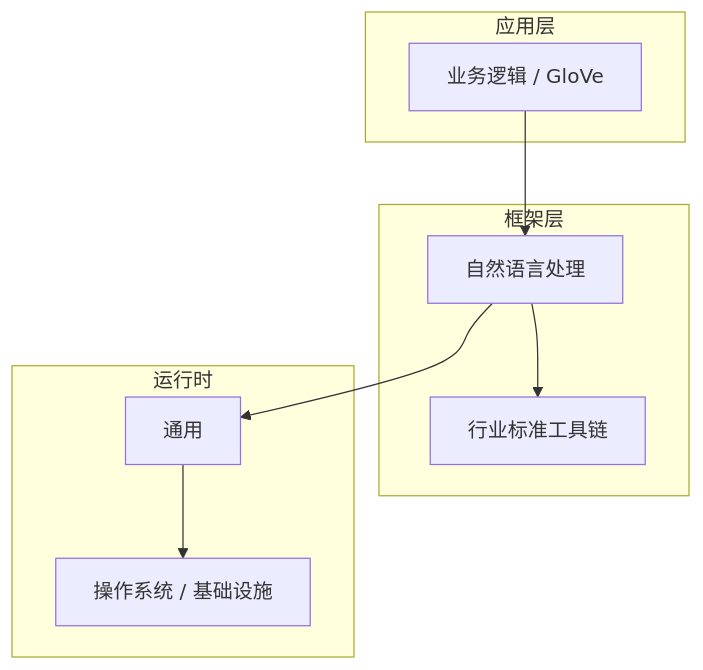
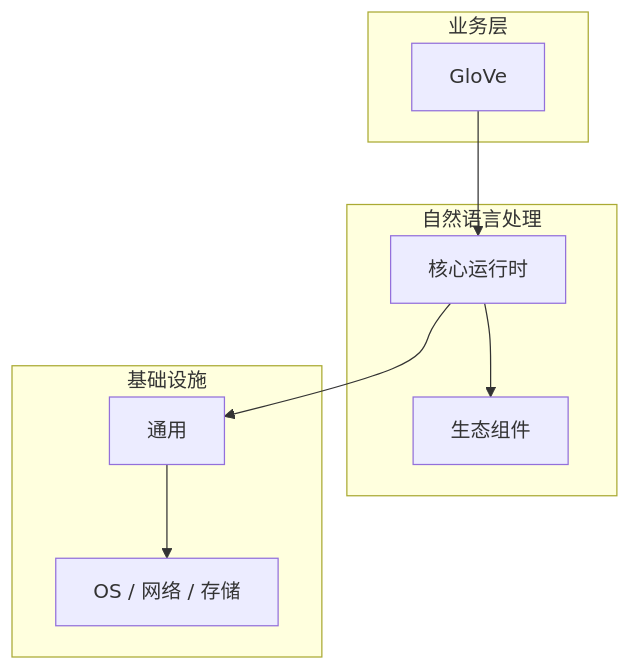
Before and after one commit to yanggan2015/knowledge-json-v2: the diagram in articles/自然语言处理/chapters/031-GloVe核心概念与原理.md, drawn with Mermaid. The commit also changed other lines of this file and 10127 other files, not shown here.

````diff
--- a/articles/自然语言处理/chapters/031-GloVe核心概念与原理.md
+++ b/articles/自然语言处理/chapters/031-GloVe核心概念与原理.md
@@ -45,18 +30,18 @@
 ```mermaid
 graph TB
-    subgraph 应用层
-        A[业务逻辑 / GloVe]
+    subgraph 业务层
+        A[GloVe]
     end
-    subgraph 框架层
-        B[自然语言处理]
-        C[行业标准工具链]
+    subgraph 自然语言处理
+        B[核心运行时]
+        C[生态组件]
     end
-    subgraph 运行时
+    subgraph 基础设施
         D[通用]
-        E[操作系统 / 基础设施]
+        E[OS / 网络 / 存储]
     end
     A --> B
     B --> C
     B --> D
     D --> E
 ```
````
